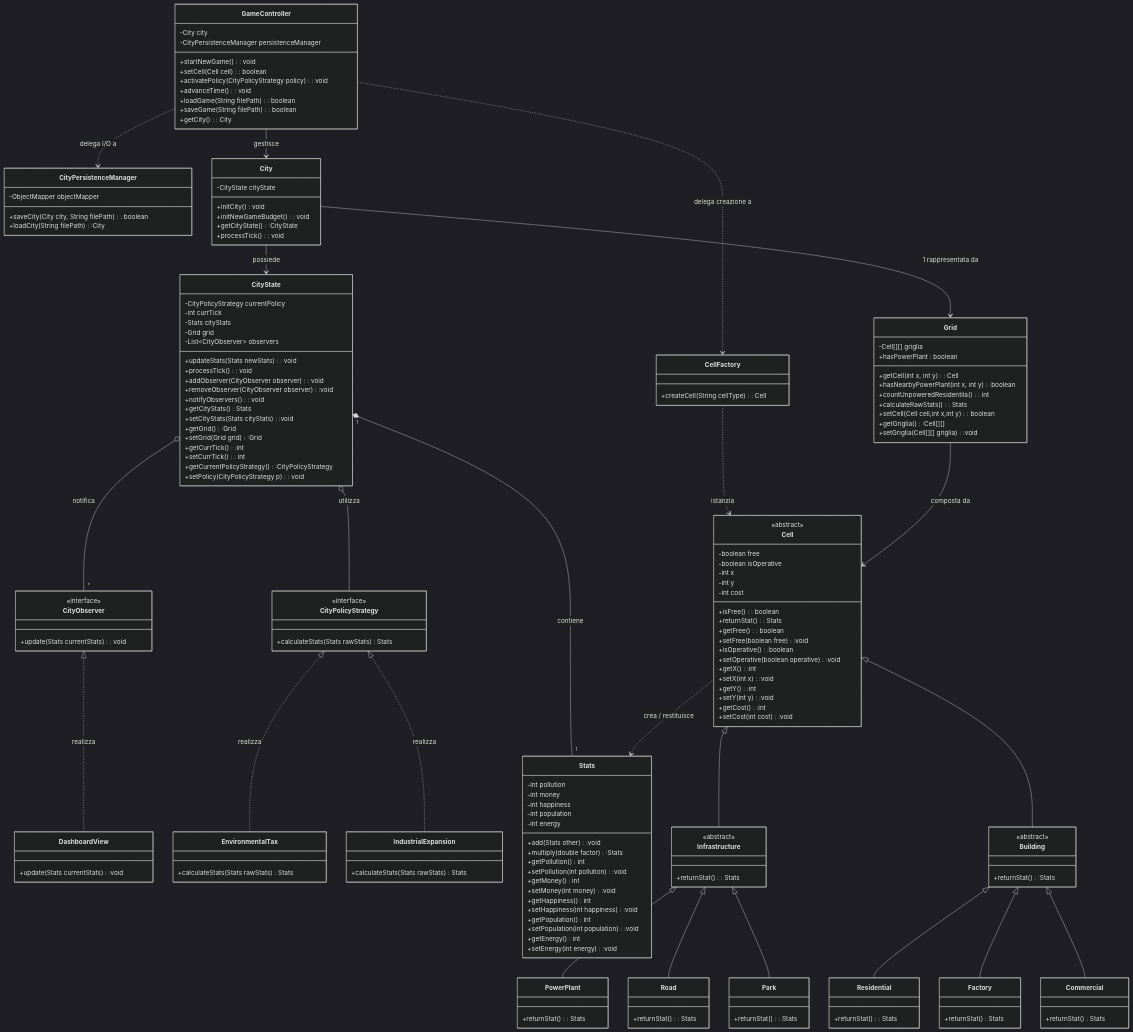
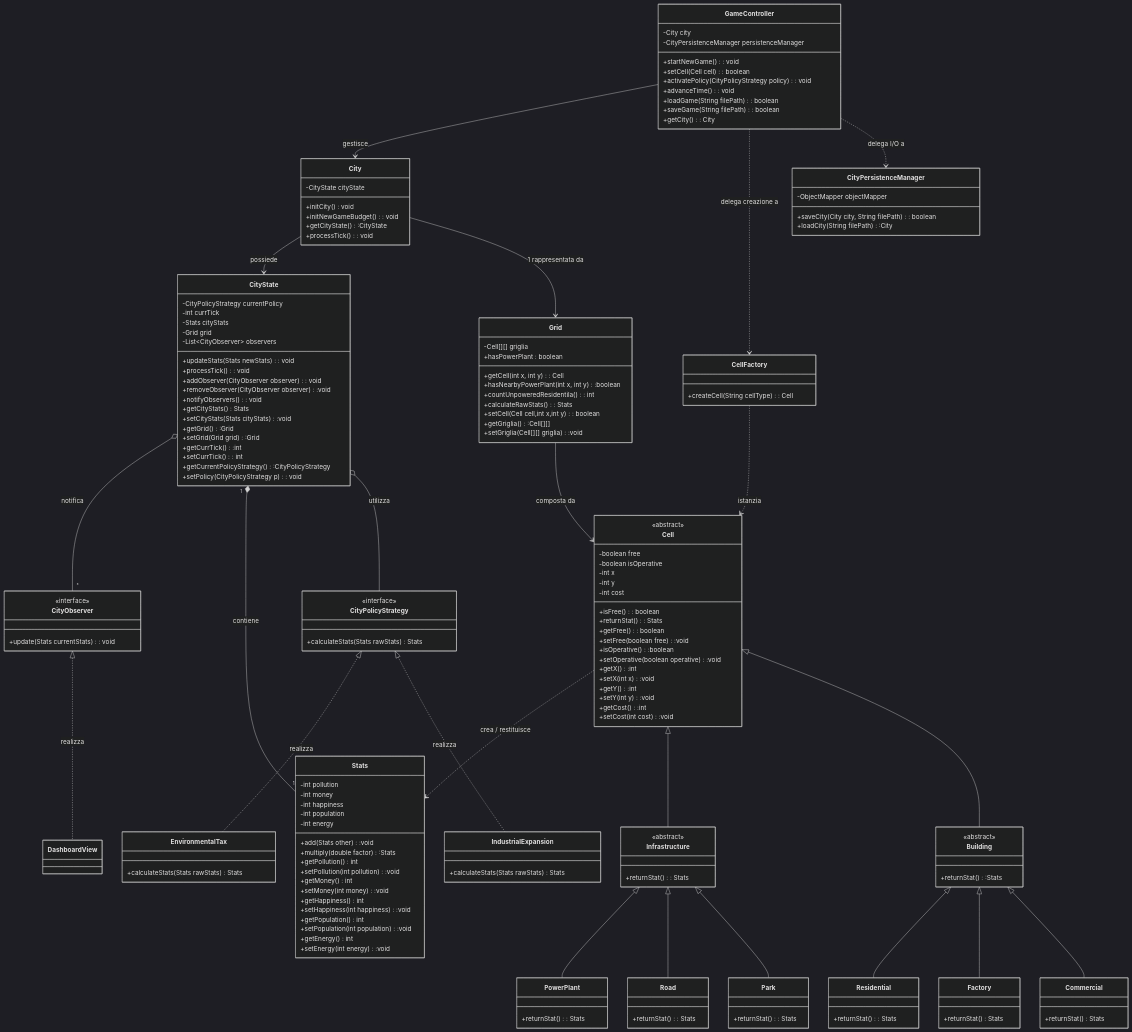
The diagram in docs/DESIGN-CLASS-MODEL/design-class-model.md (andreatoson3-netizen/Amatriciana), drawn with Mermaid (dark theme) before and after one commit.

```diff
--- a/docs/DESIGN-CLASS-MODEL/design-class-model.md
+++ b/docs/DESIGN-CLASS-MODEL/design-class-model.md
@@ -33,9 +33,6 @@
         +update(Stats currentStats): void
     }
 
-    class DashboardView {
-        +update(Stats currentStats) :void
-    }
 
     class City {
         -CityState cityState
```
